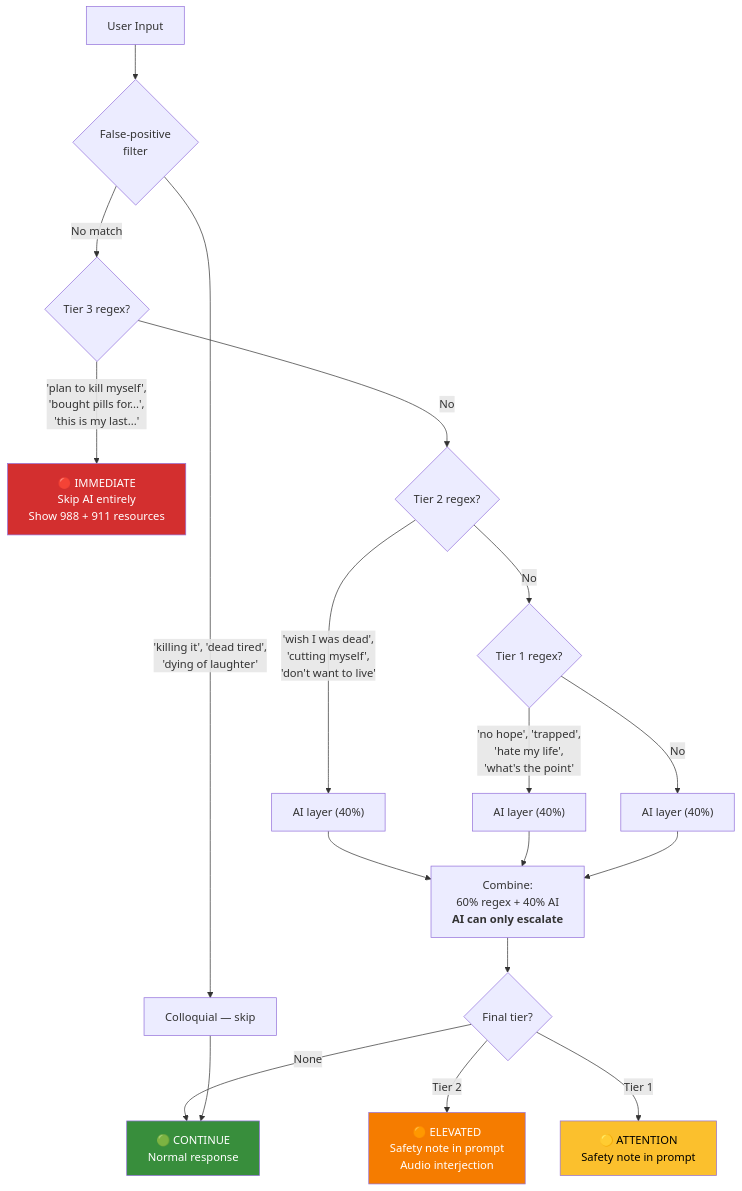
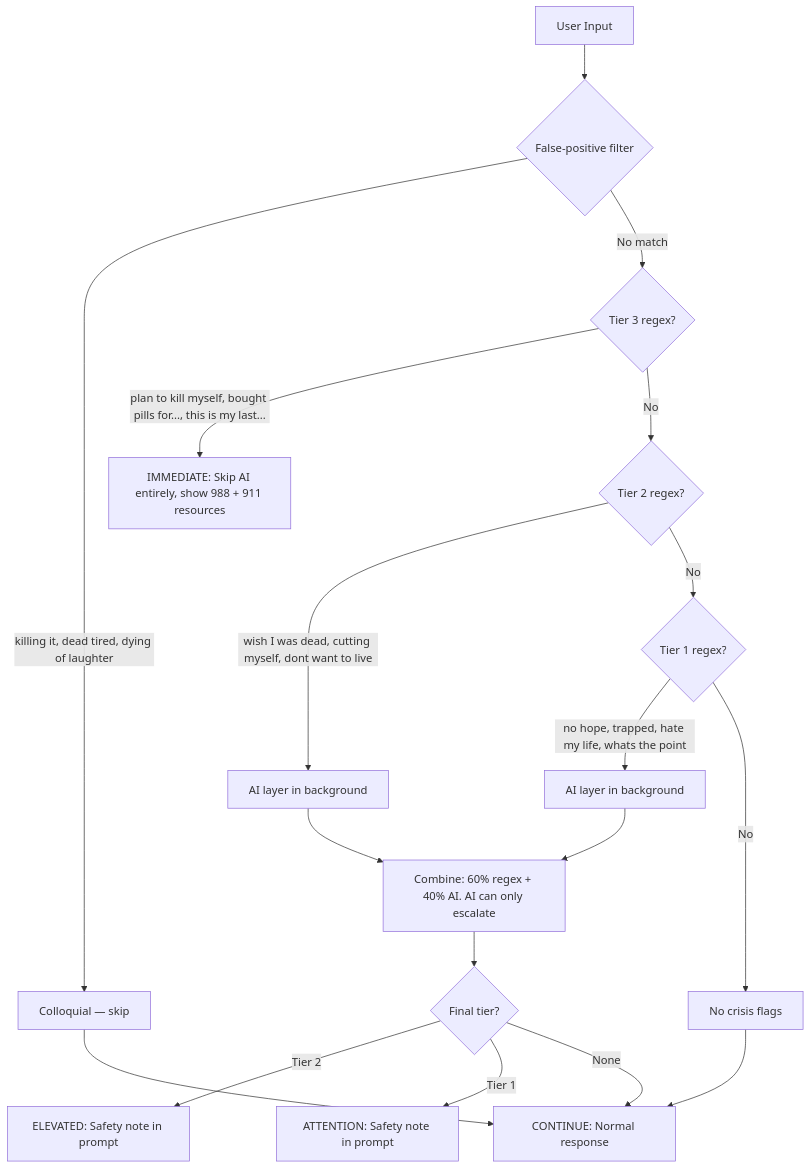
The third of 4 diagrams in README.md (neerazz/ai-psychiatrist), drawn with Mermaid before and after one commit. The commit also changed other lines of this file and 47 other files, not shown here.

````diff
--- a/README.md
+++ b/README.md
@@ -150,31 +209,26 @@
 ```mermaid
 flowchart TD
-    IN["User Input"] --> FP{"False-positive<br/>filter"}
+    IN["User Input"] --> FP{"False-positive filter"}
 
-    FP -->|"'killing it', 'dead tired',<br/>'dying of laughter'"| SAFE["Colloquial — skip"]
+    FP -->|"killing it, dead tired, dying of laughter"| SAFE["Colloquial — skip"]
     FP -->|No match| T3{"Tier 3 regex?"}
 
-    T3 -->|"'plan to kill myself',<br/>'bought pills for...',<br/>'this is my last...'"| IMM["🔴 IMMEDIATE<br/>Skip AI entirely<br/>Show 988 + 911 resources"]
+    T3 -->|"plan to kill myself, bought pills for..., this is my last..."| IMM["IMMEDIATE: Skip AI entirely, show 988 + 911 resources"]
     T3 -->|No| T2{"Tier 2 regex?"}
 
-    T2 -->|"'wish I was dead',<br/>'cutting myself',<br/>'don't want to live'"| AI2["AI layer (40%)"]
+    T2 -->|"wish I was dead, cutting myself, dont want to live"| AI2["AI layer in background"]
     T2 -->|No| T1{"Tier 1 regex?"}
 
-    T1 -->|"'no hope', 'trapped',<br/>'hate my life',<br/>'what's the point'"| AI1["AI layer (40%)"]
-    T1 -->|No| AI0["AI layer (40%)"]
+    T1 -->|"no hope, trapped, hate my life, whats the point"| AI1["AI layer in background"]
+    T1 -->|No| PASS["No crisis flags"]
 
-    AI2 --> MIX["Combine:<br/>60% regex + 40% AI<br/><b>AI can only escalate</b>"]
+    AI2 --> MIX["Combine: 60% regex + 40% AI. AI can only escalate"]
     AI1 --> MIX
-    AI0 --> MIX
 
     MIX --> TIER{"Final tier?"}
-    TIER -->|Tier 2| ELEV["🟠 ELEVATED<br/>Safety note in prompt<br/>Audio interjection"]
-    TIER -->|Tier 1| ATT["🟡 ATTENTION<br/>Safety note in prompt"]
-    TIER -->|None| OK["🟢 CONTINUE<br/>Normal response"]
+    TIER -->|Tier 2| ELEV["ELEVATED: Safety note in prompt"]
+    TIER -->|Tier 1| ATT["ATTENTION: Safety note in prompt"]
+    TIER -->|None| OK["CONTINUE: Normal response"]
     SAFE --> OK
-
-    style IMM fill:#d32f2f,color:#fff
-    style ELEV fill:#f57c00,color:#fff
-    style ATT fill:#fbc02d,color:#000
-    style OK fill:#388e3c,color:#fff
+    PASS --> OK
 ```
````
